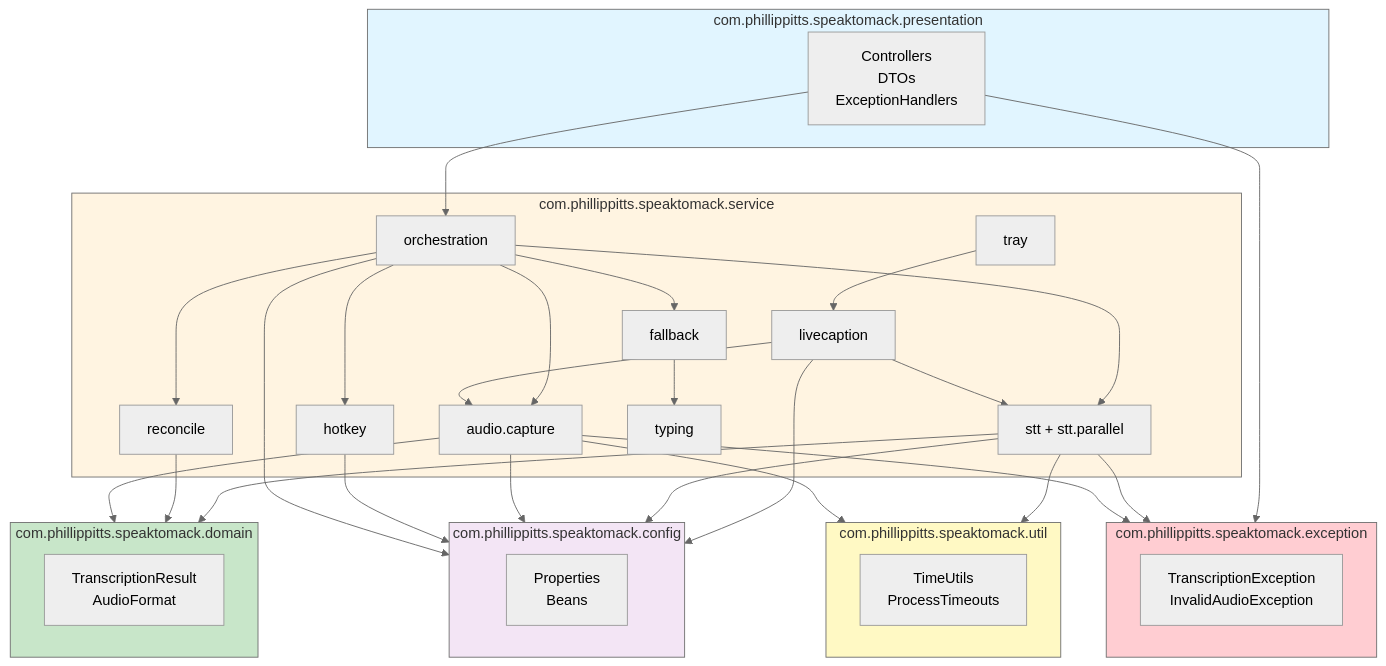
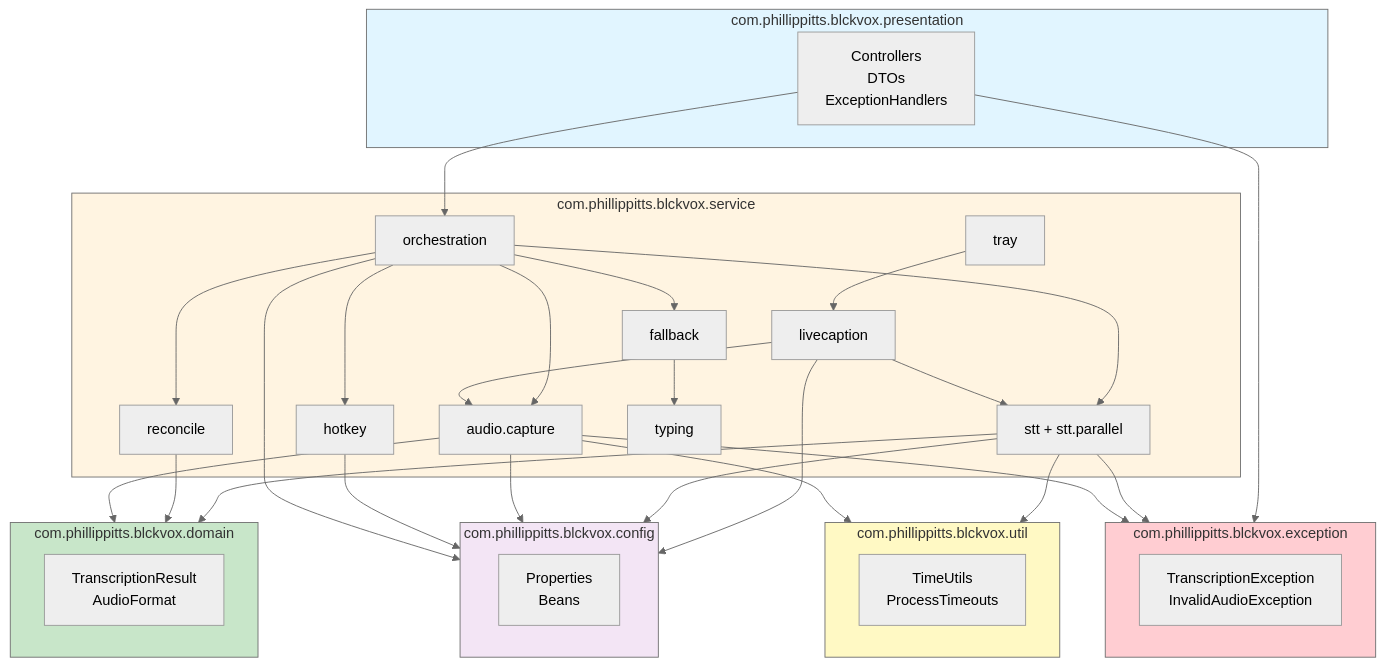
The sixth of 9 diagrams in docs/diagrams/class-dependencies.md (phillippitts/speakToMack), drawn with Mermaid (neutral theme) before and after one commit. The commit also changed 482 other files, not shown here.

````diff
--- a/docs/diagrams/class-dependencies.md
+++ b/docs/diagrams/class-dependencies.md
@@ -269,68 +269,68 @@
 ```mermaid
 graph TB
-    subgraph presentation["com.phillippitts.speaktomack.presentation"]
+    subgraph presentation["com.phillippitts.blckvox.presentation"]
         Controller[Controllers<br/>DTOs<br/>ExceptionHandlers]
     end
 
-    subgraph service["com.phillippitts.speaktomack.service"]
+    subgraph service["com.phillippitts.blckvox.service"]
         Orch[orchestration]
         STT[stt + stt.parallel]
         Audio[audio.capture]
         Hotkey[hotkey]
         Reconcile[reconcile]
         Fallback[fallback]
         Typing[typing]
         LiveCaption[livecaption]
         Tray[tray]
     end
 
-    subgraph domain["com.phillippitts.speaktomack.domain"]
+    subgraph domain["com.phillippitts.blckvox.domain"]
         Entities[TranscriptionResult<br/>AudioFormat]
     end
 
-    subgraph config["com.phillippitts.speaktomack.config"]
+    subgraph config["com.phillippitts.blckvox.config"]
         Props[Properties<br/>Beans]
     end
 
-    subgraph exception["com.phillippitts.speaktomack.exception"]
+    subgraph exception["com.phillippitts.blckvox.exception"]
         Exceptions[TranscriptionException<br/>InvalidAudioException]
     end
 
-    subgraph util["com.phillippitts.speaktomack.util"]
+    subgraph util["com.phillippitts.blckvox.util"]
         Utils[TimeUtils<br/>ProcessTimeouts]
     end
 
     Controller --> Orch
     Orch --> Audio
     Orch --> STT
     Orch --> Hotkey
     Orch --> Reconcile
     Orch --> Fallback
     Fallback --> Typing
     STT --> domain
     Reconcile --> domain
     Audio --> domain
     LiveCaption --> Audio
     LiveCaption --> STT
     LiveCaption --> config
     Tray --> LiveCaption
 
     Controller --> exception
     STT --> exception
     Audio --> exception
 
     STT --> config
     Audio --> config
     Hotkey --> config
     Orch --> config
 
     STT --> util
     Audio --> util
 
     style presentation fill:#e1f5ff
     style service fill:#fff4e1
     style domain fill:#c8e6c9
     style config fill:#f3e5f5
     style exception fill:#ffcdd2
     style util fill:#fff9c4
 ```
````
